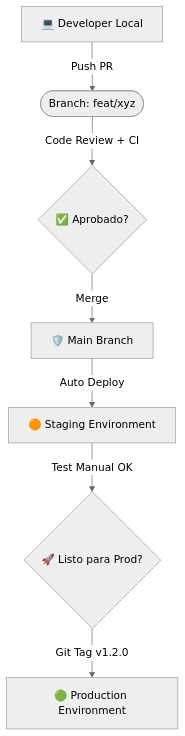
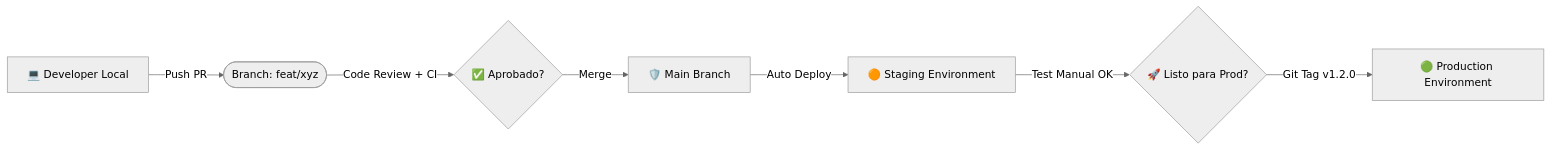
One commit to sandbox-T/silver-parakeet changed the diagram in README.md. Above: the diagram before and after it, drawn with Mermaid (neutral theme).

````diff
--- a/README.md
+++ b/README.md
@@ -9,10 +9,10 @@
 ```mermaid
-flowchart TD
+flowchart LR
     Dev[💻 Developer Local] -->|Push PR| Feat([Branch: feat/xyz])
     Feat -->|Code Review + CI| Appr{✅ Aprobado?}
     Appr -->|Merge| Main[🛡️ Main Branch]
     Main -->|Auto Deploy| Stg[🟠 Staging Environment]
     Stg -->|Test Manual OK| ProdReady{🚀 Listo para Prod?}
     ProdReady -->|Git Tag v1.2.0| Prod[🟢 Production Environment]
 
 ```
````
